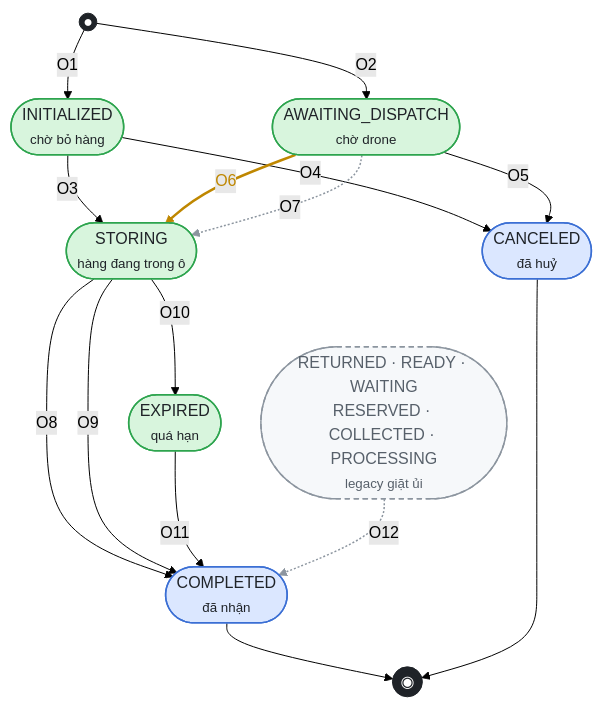
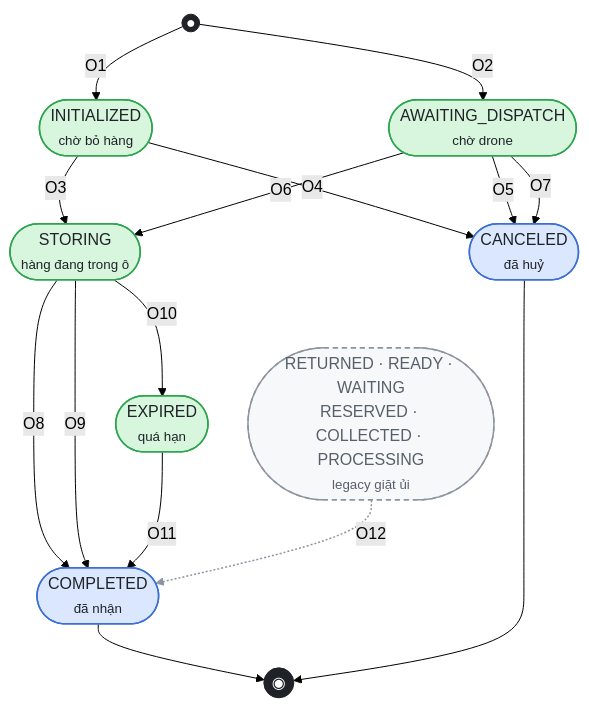
Before and after one commit to LockR-Tech/docs: the diagram in diagrams/src/order-status.mmd, drawn with Mermaid (forest theme). The commit also changed 3 other files, not shown here.

First line of the commit message:
docs(diagrams): vẽ lại vòng đời drone và trạng thái đơn theo code

```diff
--- a/diagrams/src/order-status.mmd
+++ b/diagrams/src/order-status.mmd
@@ -1,51 +1,49 @@
 %% @title Trạng thái Đơn hàng — orders.status
-%% @subtitle Nguồn: <code>order-service/…/model/LockerOrder.java:66</code> · <code>OrderService.java</code> · <code>OrderAccessPolicy.java</code> · <code>iot-service/…/IotService.java</code> — SEND · RENTAL · STORAGE · DRONE_DELIVERY — rà soát 2026-09-13, cập nhật 2026-10-22 (bảng chuyển trạng thái admin, gỡ API đơn không kiểm quyền), 2026-11-07 (đơn EXPIRED chỉ đóng bằng trao trả tại quầy)
+%% @subtitle Nguồn: <code>order-service/…/model/LockerOrder.java:66</code> · <code>OrderService.java</code> · <code>OrderAccessPolicy.java</code> · <code>iot-service/…/IotService.java</code> — SEND · RENTAL · STORAGE · DRONE_DELIVERY — rà soát 2026-09-13, cập nhật 2026-10-22 (bảng chuyển trạng thái admin, gỡ API đơn không kiểm quyền), 2026-11-07 (đơn EXPIRED chỉ đóng bằng trao trả tại quầy), 2026-11-10 (đơn drone: lấy hàng tận nhà, thả hàng bằng nắp trượt, kiosk tự hoàn tất)
 %% @orientation portrait
 %% @legend <span class="sw ok"></span>Trạng thái đang dùng
 %% @legend <span class="sw end"></span>Trạng thái kết thúc
 %% @legend <span class="sw gap"></span>Legacy giặt ủi — không nên còn
 %% @legend <b>━</b> đã code &nbsp;<b style="color:#bf8700">━</b> chỉ DEMO &nbsp;<b style="color:#8c959f">┅</b> CHƯA code &nbsp;<b style="color:#cf222e">━</b> lỗ hổng
 %% @row O1 | ∅ → INITIALIZED | <code>POST /api/orders/send</code> · <code>/rental</code> | CUSTOMER | ô AVAILABLE → giữ ô RESERVED 24h; phát PIN gửi hàng. <code>POST /api/orders</code> cũ (userId lấy từ body, đơn 0đ tự PAID) đã gỡ 22/10
-%% @row O2 | ∅ → AWAITING_DISPATCH | <code>POST /api/orders/drone-deliveries</code> | CUSTOMER | Idempotency-Key; giữ ô DRONE; báo nhóm DRONE_TECHNICIAN — xem trang “Vòng đời giao hàng drone”
+%% @row O2 | ∅ → AWAITING_DISPATCH | <code>POST /api/orders/drone-deliveries</code> | CUSTOMER | Idempotency-Key; điểm lấy hàng tận nhà, hệ thống chọn tủ gửi; giữ ô DRONE ở tủ nhận; trả tiền xong mời KTV drone gần nhất tới lấy kiện — xem trang “Vòng đời giao hàng drone”
 %% @row O3 | INITIALIZED → STORING | <code>PUT /api/orders/{id}/confirm</code> · kiosk <code>/api/iot/confirm-drop-with-code</code> | chủ đơn · người gửi tại tủ | mọi loại đơn cần PAID (hoặc 0đ); SEND cần đã mở ô (<code>drop_opened_at</code>); kiosk chỉ trong N phút sau lần mở; ô → OCCUPIED; SEND đổi sang PIN nhận hàng, RENTAL tính hạn từ lúc này
 %% @row O4 | INITIALIZED → CANCELED | <code>PUT …/cancel</code> · <code>report-box-fault</code> · cron 15’ quá 24h | chủ đơn · hệ thống | nhả ô; <b>đơn đã PAID bị huỷ không hoàn tiền</b>
-%% @row O5 | AWAITING_DISPATCH → CANCELED | <code>PUT …/cancel</code> · <code>POST …/drone-orders/{id}/cancel</code> | CUSTOMER · DRONE_TECHNICIAN | stage AWAITING_DISPATCH (khách) / ACCEPTED (bảo trì); cả hai đặt deliveryStage = CANCELED
-%% @row !O6 | AWAITING_DISPATCH → STORING | <code>DroneDeliverySimulator</code> (mission DEPOSITED) | hệ thống | chỉ DEMO; ghi thẳng, <b>bỏ qua transition()</b>: không lịch sử, không event
-%% @row ~O7 | AWAITING_DISPATCH → STORING | sự kiện hạ cánh + gửi hàng thật | drone · iot-service | CHƯA CÓ ⇒ STANDARD kẹt ở AWAITING_DISPATCH
+%% @row O5 | AWAITING_DISPATCH → CANCELED | <code>PUT …/cancel</code> · <code>POST …/drone-orders/{id}/cancel</code> · quét 5 phút | CUSTOMER · DRONE_TECHNICIAN · hệ thống | khách: tới trước khi KTV cầm kiện (stage AWAITING_DISPATCH / PICKUP_ASSIGNED); KTV: trước khi phóng (stage ACCEPTED); chưa trả 30 phút tự huỷ; deliveryStage = CANCELED; đơn đã trả ⇒ REFUND_PENDING
+%% @row O6 | AWAITING_DISPATCH → STORING | <code>DroneMissionProgressService.advance</code> — tủ đóng nắp sau khi drone nhả hàng · giả lập DEMO · KTV <code>…/advance</code> | hệ thống · DRONE_TECHNICIAN | chặng READY_FOR_PICKUP: mission DEPOSITED, ô OCCUPIED, PIN + hạn lấy, có lịch sử; không đi qua <code>OrderService.transition()</code> nên không phát <code>order.status.changed</code>
+%% @row O7 | AWAITING_DISPATCH → CANCELED (stage FAILED) | <code>DroneDeliveryFailureService</code> — <code>…/pickup/fail</code> · <code>…/fail</code> · quét đơn bị chặn / không ai nhận lấy hàng | DRONE_TECHNICIAN · ADMIN · hệ thống | "giao không hoàn tất": nhả KTV, drone, ô nhận; kiện đã rời tay người gửi ⇒ chờ trả; tạo yêu cầu hoàn tiền
 %% @row O8 | STORING → COMPLETED | <code>PUT …/complete</code> · <code>pickup-storage</code> · kiosk <code>/api/iot/end-rental-with-code</code> | chủ đơn · người thuê tại tủ | nhả ô, xoá PIN. Phí quá hạn cộng <b>sau</b> khi kiểm tra PAID ⇒ không bao giờ thu
-%% @row O9 | STORING → COMPLETED | nhập mã nhận ở kiosk <code>/api/iot/unlock-with-code</code> | người nhận (không cần tài khoản) | SEND/DRONE. Đơn RENTAL mở lại bằng mã <b>không</b> bị kết thúc — chỉ kết thúc qua O8
+%% @row O9 | STORING → COMPLETED | nhập mã nhận ở kiosk <code>/api/iot/unlock-with-code</code> | người nhận (không cần tài khoản) | SEND/DRONE: iot-service mở ô rồi gọi <code>complete</code> (<code>IotService.completeIfPickup</code>). Đơn RENTAL mở lại bằng mã <b>không</b> bị kết thúc — chỉ kết thúc qua O8
 %% @row O10 | STORING → EXPIRED | cron mỗi giờ phút :05 | hệ thống | quá hạn + 24h; nhả ô, thu hồi PIN
 %% @row O11 | EXPIRED → COMPLETED | <code>POST /api/admin/orders/{id}/storage-handover</code> | ADMIN tại quầy | đồ đã ở kho: 4 số cuối SĐT khớp người trên đơn (người khác: họ tên + SĐT + lý do), ảnh xác minh, còn nợ phải khai đã thu; đi qua <code>checkout()</code>, biên bản <code>storage_handovers</code>. Khách gọi <code>complete</code> · <code>pickup-storage</code> ⇒ <code>ORDER_IN_STORAGE_PICKUP_AT_COUNTER</code> (vẫn trả phí trong app); <code>PUT /status</code> ⇒ <code>ORDER_IN_STORAGE_HANDOVER_REQUIRED</code>
 %% @row O12 | đổi tay | <code>PUT</code> · <code>PATCH /api/admin/orders/{id}/status</code> | ADMIN | chỉ theo bảng <code>STAFF_TRANSITIONS</code>: INITIALIZED · AWAITING_DISPATCH (· RESERVED · WAITING cũ) → CANCELED; STORING · RETURNED → COMPLETED · EXPIRED; READY → COMPLETED; EXPIRED chỉ đóng qua O11; COMPLETED · CANCELED không đổi được. Sai ⇒ <code>ORDER_STATUS_TRANSITION_INVALID</code>. Người thao tác lấy từ JWT. <code>PATCH /api/orders/{id}/status</code> (mọi JWT) đã gỡ 22/10
-%% @note <b>paymentStatus</b> (cột riêng): UNPAID → PAID qua sự kiện <code>payment.completed</code>; PAID → UNPAID khi gia hạn thuê. <b>REFUNDED không bao giờ được ghi.</b> App khách đã bỏ CASH và chờ PAID; <code>PATCH /api/payments/{id}/status</code> chỉ ADMIN.
+%% @note <b>paymentStatus</b> (cột riêng): UNPAID → PAID qua sự kiện <code>payment.completed</code>; PAID → UNPAID khi gia hạn thuê hoặc phụ thu cân lệch drone; PAID → REFUND_PENDING khi tạo yêu cầu hoàn tiền (đơn huỷ / giao không hoàn tất) → REFUNDED khi admin duyệt chuyển khoản, từ chối ⇒ PAID. App khách đã bỏ CASH và chờ PAID; <code>PATCH /api/payments/{id}/status</code> chỉ ADMIN.
 %% @note <b>Chặn mở ô bằng mã</b> (<code>OrderAccessPolicy</code>): đơn INITIALIZED chưa trả (<code>ORDER_UNPAID</code>), đơn thuê quá hạn (<code>RENTAL_EXPIRED</code>), phần gia hạn chưa trả (<code>RENTAL_UNPAID</code>, sau cài đặt). Bị chặn không tính nhập sai, không khoá ô.
 %% @note Tự chuyển (STORING → STORING, chỉ ghi lịch sử): <code>extend-rental</code>, <code>delegate</code>, <code>reset-pin</code> (reset-pin chỉ khi INITIALIZED · STORING · RETURNED, không phải đơn drone, đơn đang có PIN). Web admin chỉ liệt kê bước hợp lệ từ trạng thái hiện tại.
 %%{init: {"flowchart": {"nodeSpacing": 40, "rankSpacing": 44, "padding": 8, "curve": "basis"}}}%%
 flowchart TB
     S(("●")) -->|O1| INIT(["INITIALIZED<br/><small>chờ bỏ hàng</small>"])
     S -->|O2| AWAIT(["AWAITING_DISPATCH<br/><small>chờ drone</small>"])
     INIT -->|O3| STORING(["STORING<br/><small>hàng đang trong ô</small>"])
     INIT -->|O4| CANCELED(["CANCELED<br/><small>đã huỷ</small>"])
     AWAIT -->|O5| CANCELED
     AWAIT -->|O6| STORING
-    AWAIT -.->|O7| STORING
+    AWAIT -->|O7| CANCELED
     STORING -->|O8| DONE(["COMPLETED<br/><small>đã nhận</small>"])
     STORING -->|O9| DONE
     STORING -->|O10| EXPIRED(["EXPIRED<br/><small>quá hạn</small>"])
     EXPIRED -->|O11| DONE
     LEGACY(["RETURNED · READY · WAITING<br/>RESERVED · COLLECTED · PROCESSING<br/><small>legacy giặt ủi</small>"]) -.->|O12| DONE
     DONE --> E((("◉")))
     CANCELED --> E
 
     classDef ok fill:#d8f5dd,stroke:#2da44e,stroke-width:1.5px,color:#1f2328
     classDef fin fill:#dbe7ff,stroke:#3b6fd4,stroke-width:1.5px,color:#1f2328
     classDef legacy fill:#f6f8fa,stroke:#8c959f,stroke-width:1.5px,stroke-dasharray:5 4,color:#57606a
     classDef term fill:#1f2328,stroke:#1f2328,color:#ffffff
     class INIT,AWAIT,STORING,EXPIRED ok
     class DONE,CANCELED fin
     class LEGACY legacy
     class S,E term
 
-    linkStyle 5 stroke:#bf8700,stroke-width:2.5px,color:#bf8700
-    linkStyle 6 stroke:#8c959f,stroke-width:1.5px
     linkStyle 11 stroke:#8c959f,stroke-width:1.5px
```
